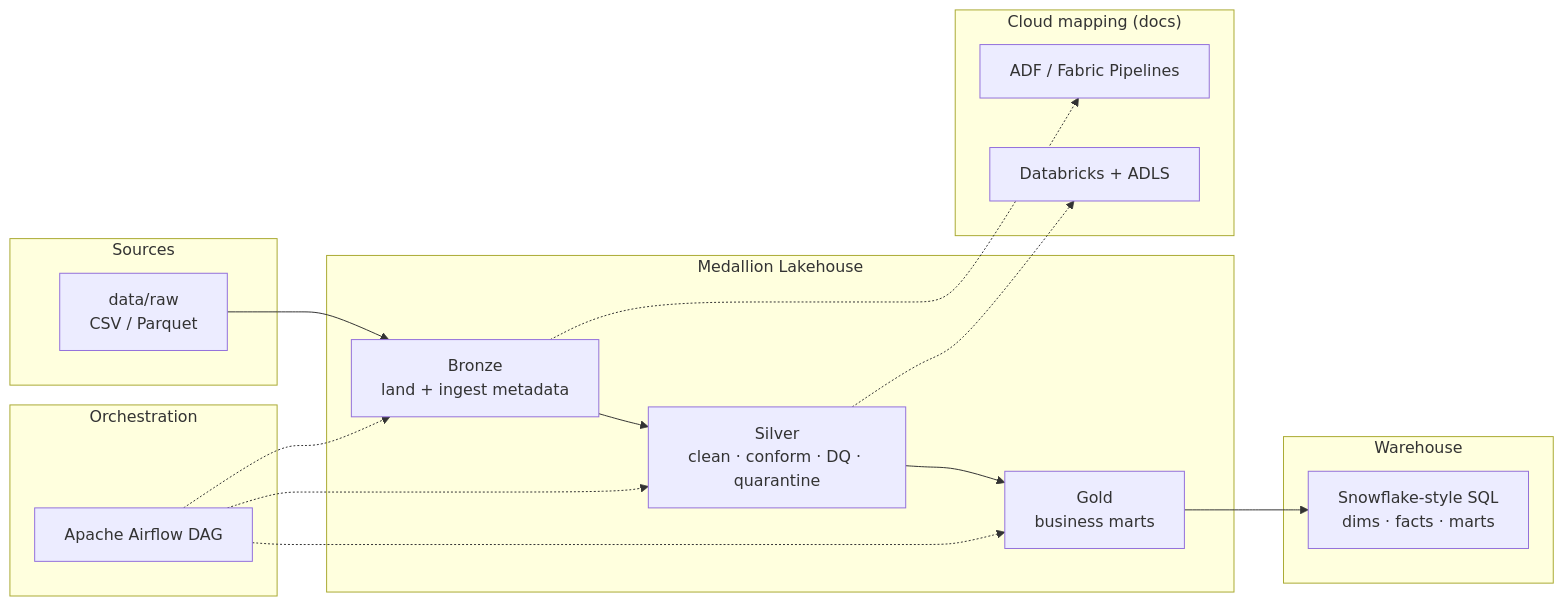
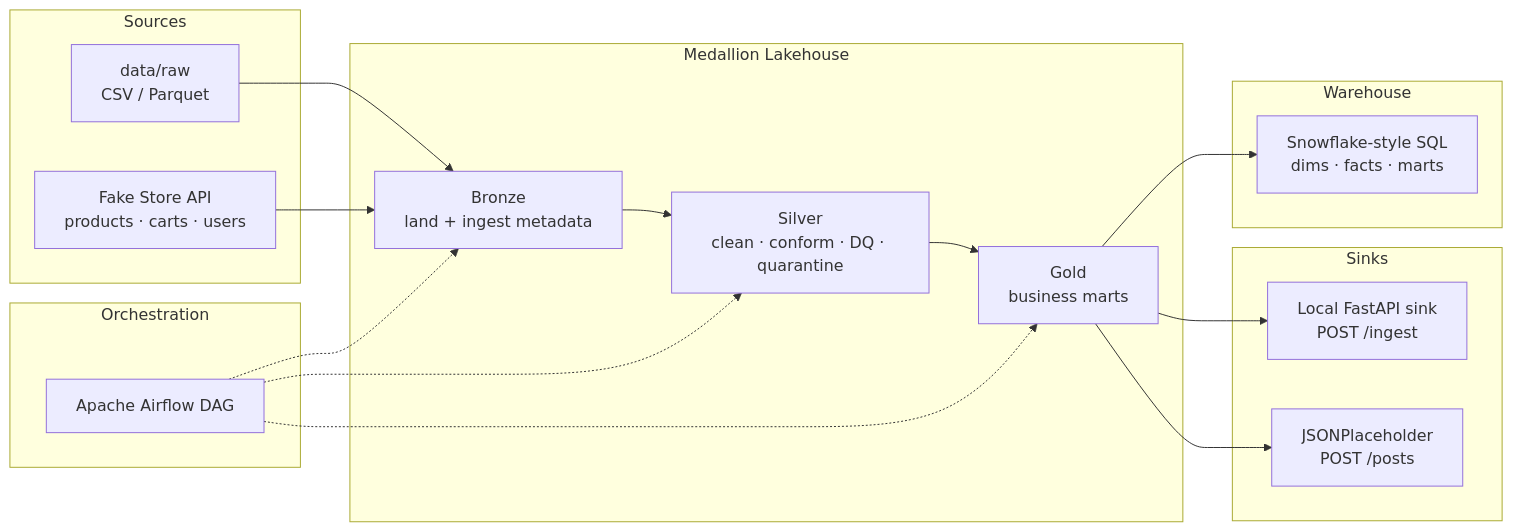
One commit to user-JB007/retail-sales-pipeline changed the diagram in README.md. Above: the diagram before and after it, drawn with Mermaid. The commit also changed other lines of this file and 14 other files, not shown here.

First line of the commit message:
Add Fake Store API source and HTTP sinks to the medallion pipeline.

````diff
--- a/README.md
+++ b/README.md
@@ -42,33 +42,36 @@
 ```mermaid
 flowchart LR
   subgraph Sources
     RAW["data/raw<br/>CSV / Parquet"]
+    API["Fake Store API<br/>products · carts · users"]
   end
 
   subgraph Medallion["Medallion Lakehouse"]
     B["Bronze<br/>land + ingest metadata"]
     S["Silver<br/>clean · conform · DQ · quarantine"]
     G["Gold<br/>business marts"]
+  end
+
+  subgraph Sinks
+    LOCAL["Local FastAPI sink<br/>POST /ingest"]
+    JP["JSONPlaceholder<br/>POST /posts"]
   end
 
   subgraph Orchestration
     AF["Apache Airflow DAG"]
   end
 
   subgraph Warehouse
     SF["Snowflake-style SQL<br/>dims · facts · marts"]
   end
 
-  subgraph Cloud["Cloud mapping (docs)"]
-    ADF["ADF / Fabric Pipelines"]
-    DBX["Databricks + ADLS"]
-  end
-
-  RAW --> B --> S --> G
+  RAW --> B
+  API --> B
+  B --> S --> G
+  G --> LOCAL
+  G --> JP
   AF -.-> B
   AF -.-> S
   AF -.-> G
   G --> SF
-  B -.-> ADF
-  S -.-> DBX
 ```
````
